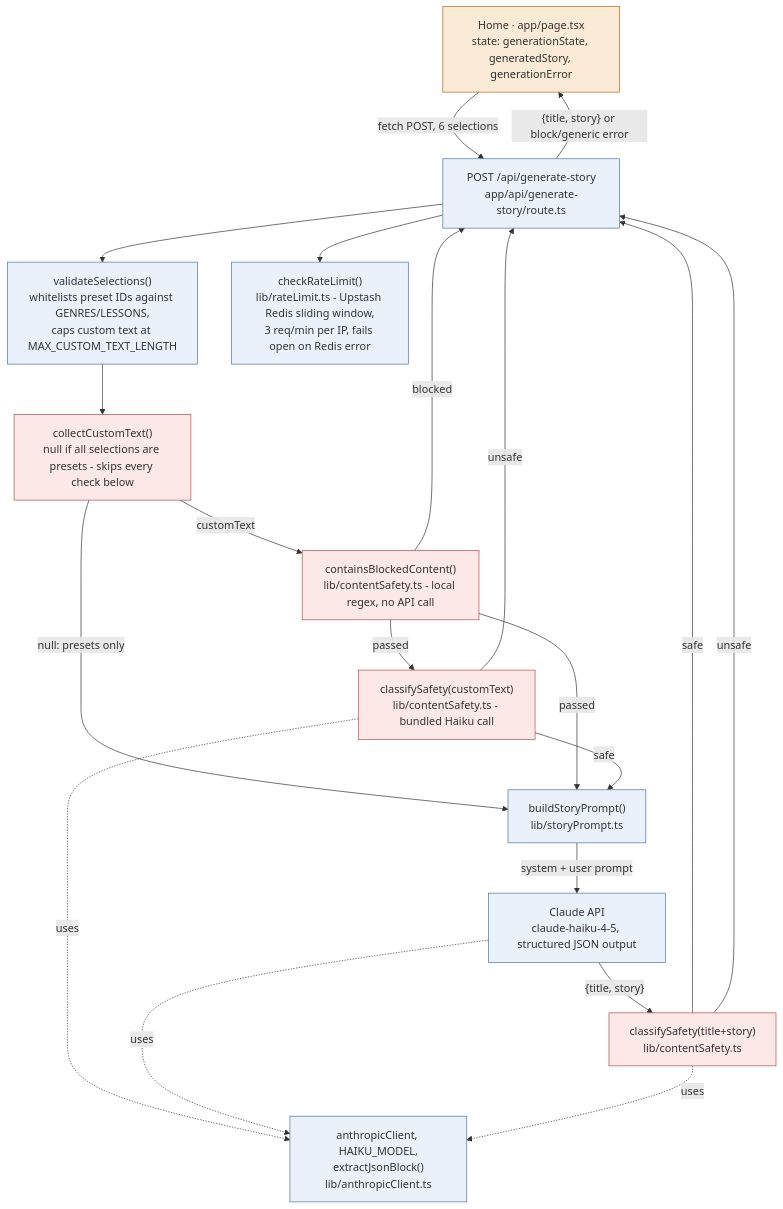
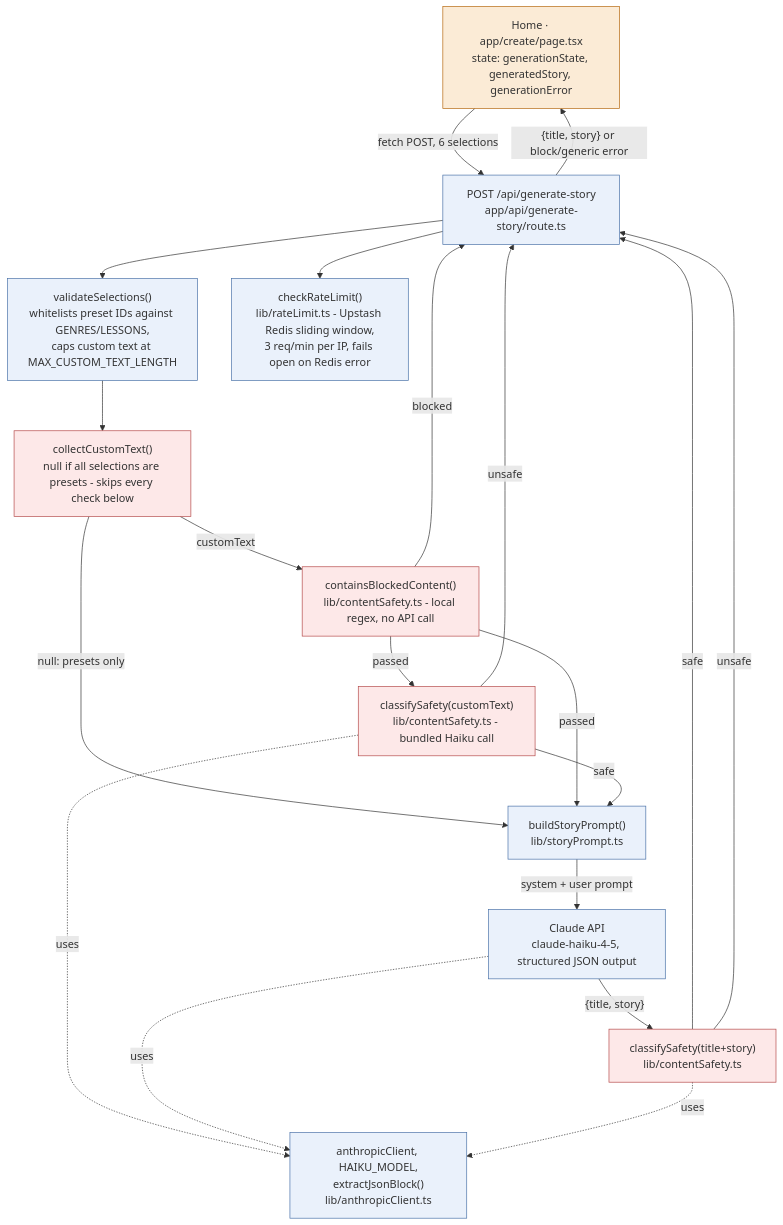
The first of 8 diagrams in docs/architecture.md (aio-studios/children-story-app), drawn with Mermaid before and after one commit. The commit also changed other lines of this file and 48 other files, not shown here.

First line of the commit message:
feat: landing page at /, app moves to /create (#97) (#100)

````diff
--- a/docs/architecture.md
+++ b/docs/architecture.md
@@ -38,41 +63,41 @@
 ```mermaid
 graph TD
-  Page["Home · app/page.tsx<br/>state: generationState, generatedStory, generationError"]
+  Page["Home · app/create/page.tsx<br/>state: generationState, generatedStory, generationError"]
   Route["POST /api/generate-story<br/>app/api/generate-story/route.ts"]
   Validate["validateSelections()<br/>whitelists preset IDs against GENRES/LESSONS,<br/>caps custom text at MAX_CUSTOM_TEXT_LENGTH"]
   RateLimit["checkRateLimit()<br/>lib/rateLimit.ts - Upstash Redis sliding window,<br/>3 req/min per IP, fails open on Redis error"]
   Collect["collectCustomText()<br/>null if all selections are presets - skips every check below"]
   Blocklist["containsBlockedContent()<br/>lib/contentSafety.ts - local regex, no API call"]
   InputClassify["classifySafety(customText)<br/>lib/contentSafety.ts - bundled Haiku call"]
   Prompt["buildStoryPrompt()<br/>lib/storyPrompt.ts"]
   AnthropicClient["anthropicClient, HAIKU_MODEL,<br/>extractJsonBlock()<br/>lib/anthropicClient.ts"]
   Claude["Claude API<br/>claude-haiku-4-5, structured JSON output"]
   OutputClassify["classifySafety(title+story)<br/>lib/contentSafety.ts"]
 
   Page -->|fetch POST, 6 selections| Route
   Route --> RateLimit
   Route --> Validate
   Validate --> Collect
   Collect -->|customText| Blocklist
   Blocklist -->|passed| InputClassify
   Collect -->|null: presets only| Prompt
   Blocklist -->|passed| Prompt
   InputClassify -->|safe| Prompt
   Prompt -->|system + user prompt| Claude
   InputClassify -.uses.-> AnthropicClient
   Claude -.uses.-> AnthropicClient
   OutputClassify -.uses.-> AnthropicClient
   Claude -->|"{title, story}"| OutputClassify
   OutputClassify -->|safe| Route
   Blocklist -->|blocked| Route
   InputClassify -->|unsafe| Route
   OutputClassify -->|unsafe| Route
   Route -->|"{title, story} or block/generic error"| Page
 
   classDef stateful fill:#FBEBD6,stroke:#B5670E;
   classDef plain fill:#EAF1FB,stroke:#4A72A8;
   classDef safety fill:#FDE8E8,stroke:#B54A4A;
   class Page stateful;
   class Route,Validate,RateLimit,Prompt,Claude,AnthropicClient plain;
   class Collect,Blocklist,InputClassify,OutputClassify safety;
 ```
````
